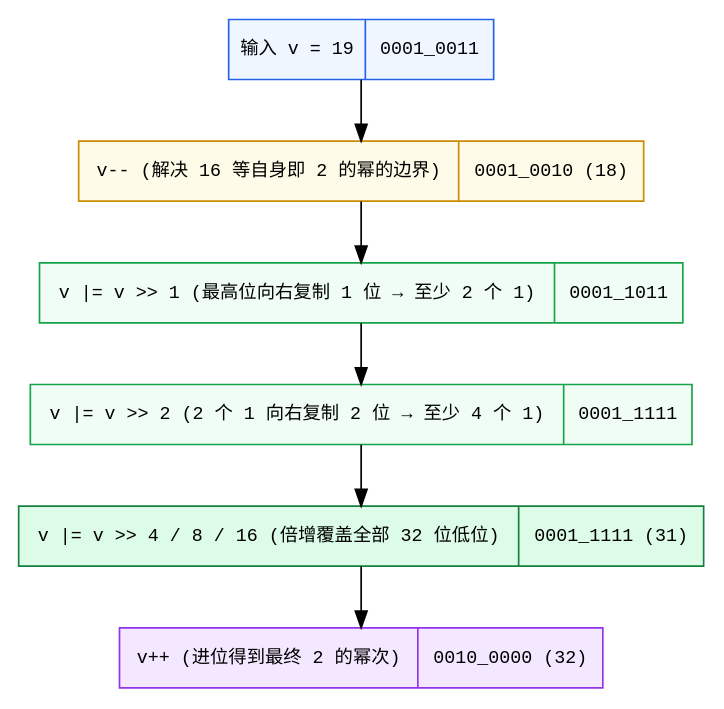
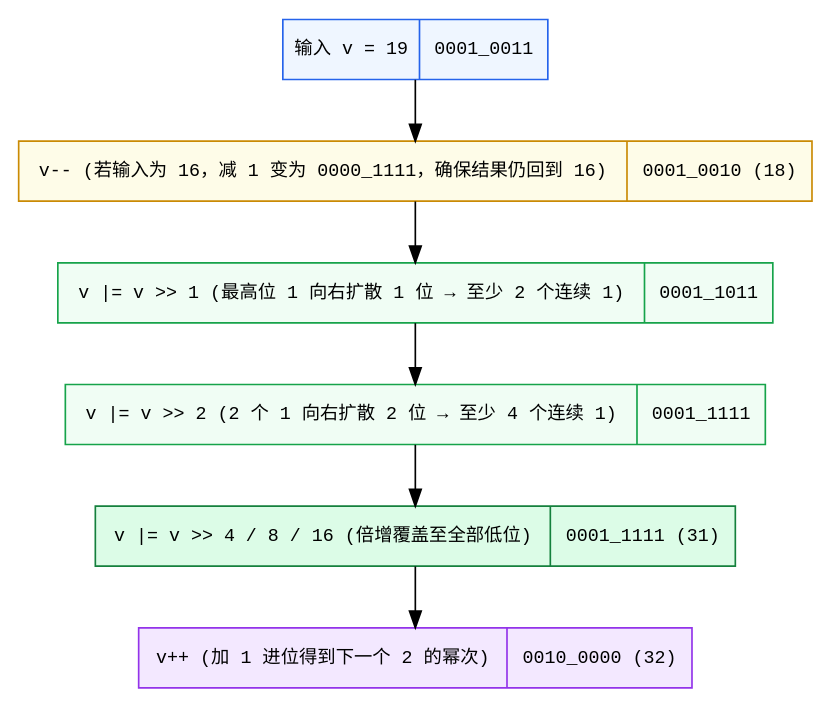
One commit to hqu-little-boy/blog changed the fifth of 10 diagrams in src/content/posts/cpu-npu-operator-optimization-bithacks-numerical-codesign-guide.md. Above: the diagram before and after it, drawn with Graphviz. The commit also changed other lines of this file, not shown here.

````diff
--- a/src/content/posts/cpu-npu-operator-optimization-bithacks-numerical-codesign-guide.md
+++ b/src/content/posts/cpu-npu-operator-optimization-bithacks-numerical-codesign-guide.md
@@ -283,15 +334,15 @@
 ```dot
-digraph BitPropagation {
+digraph BitPropagationDetail {
     rankdir=TB;
     node [shape=record, style="filled", fontname="monospace", fontsize=11];
 
     S0 [label="输入 v = 19|0001_0011", fillcolor="#eff6ff", color="#2563eb"];
-    S1 [label="v-- (解决 16 等自身即 2 的幂的边界)|0001_0010 (18)", fillcolor="#fefce8", color="#ca8a04"];
-    S2 [label="v \|= v \>\> 1 (最高位向右复制 1 位 → 至少 2 个 1)|0001_1011", fillcolor="#f0fdf4", color="#16a34a"];
-    S3 [label="v \|= v \>\> 2 (2 个 1 向右复制 2 位 → 至少 4 个 1)|0001_1111", fillcolor="#f0fdf4", color="#16a34a"];
-    S4 [label="v \|= v \>\> 4 / 8 / 16 (倍增覆盖全部 32 位低位)|0001_1111 (31)", fillcolor="#dcfce7", color="#15803d"];
-    S5 [label="v++ (进位得到最终 2 的幂次)|0010_0000 (32)", fillcolor="#f3e8ff", color="#9333ea"];
+    S1 [label="v-- (若输入为 16，减 1 变为 0000_1111，确保结果仍回到 16)|0001_0010 (18)", fillcolor="#fefce8", color="#ca8a04"];
+    S2 [label="v \|= v \>\> 1 (最高位 1 向右扩散 1 位 → 至少 2 个连续 1)|0001_1011", fillcolor="#f0fdf4", color="#16a34a"];
+    S3 [label="v \|= v \>\> 2 (2 个 1 向右扩散 2 位 → 至少 4 个连续 1)|0001_1111", fillcolor="#f0fdf4", color="#16a34a"];
+    S4 [label="v \|= v \>\> 4 / 8 / 16 (倍增覆盖至全部低位)|0001_1111 (31)", fillcolor="#dcfce7", color="#15803d"];
+    S5 [label="v++ (加 1 进位得到下一个 2 的幂次)|0010_0000 (32)", fillcolor="#f3e8ff", color="#9333ea"];
 
     S0 -> S1 -> S2 -> S3 -> S4 -> S5;
 }
 ```
````
